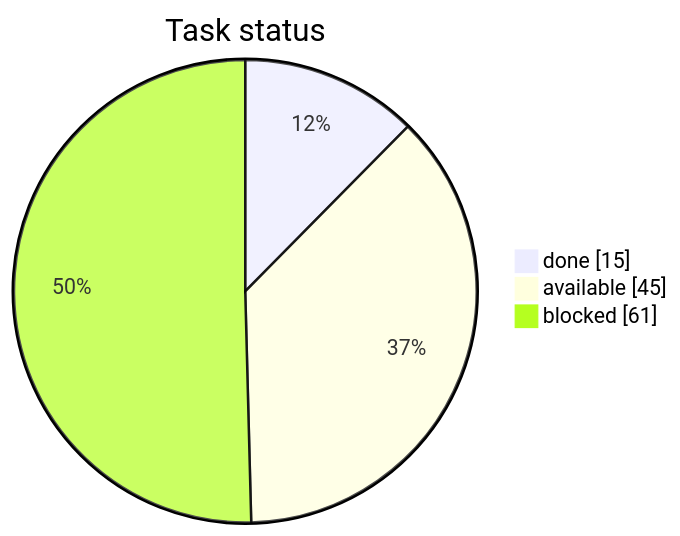
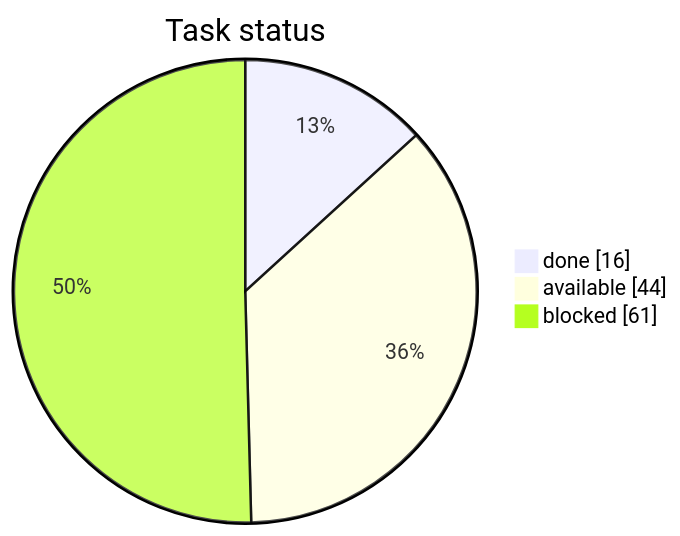
The first of 3 diagrams in STATUS.md (artemiiShabanov/RallyRivals), drawn with Mermaid before and after one commit. The commit also changed other lines of this file and 7 other files, not shown here.

````diff
--- a/STATUS.md
+++ b/STATUS.md
@@ -7,7 +7,7 @@
 ```mermaid
 pie showData
     title Task status
-    "done" : 15
-    "available" : 45
+    "done" : 16
+    "available" : 44
     "blocked" : 61
 ```
````
